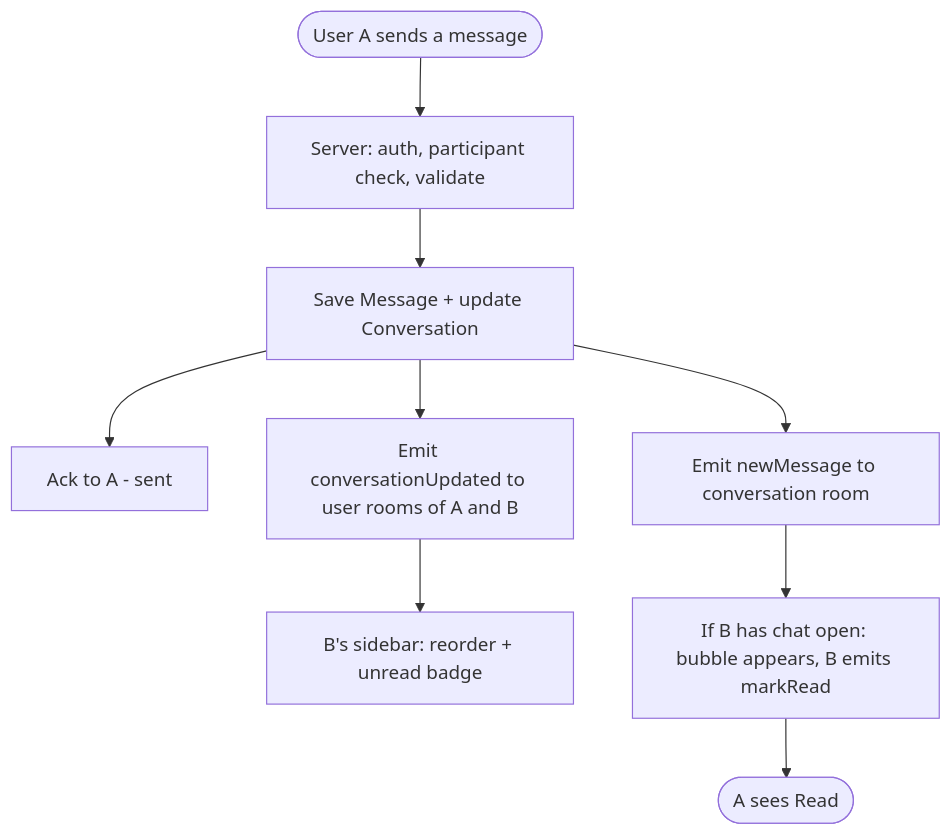
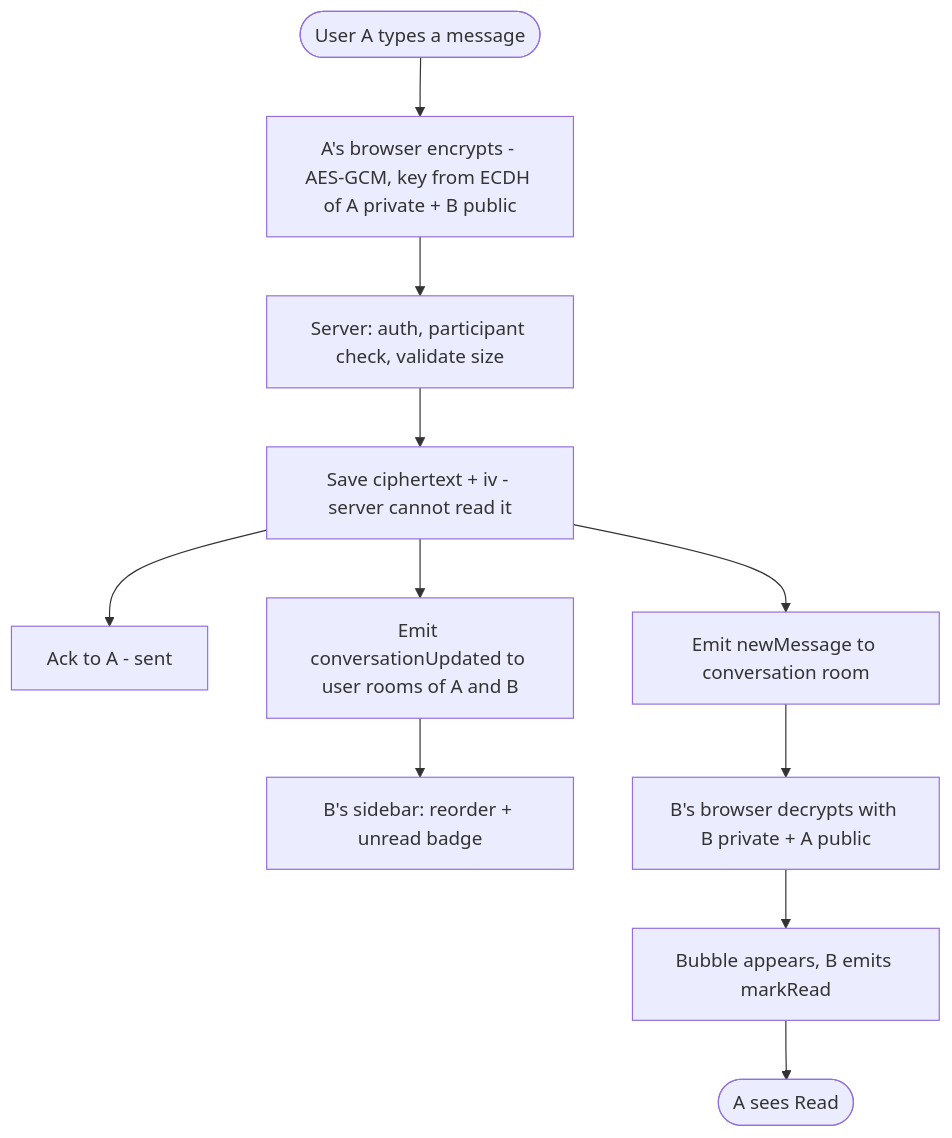
One commit to prashantdevelopment/OpenChat changed the fourth of 7 diagrams in docs/PROJECT_PLAN.md. Above: the diagram before and after it, drawn with Mermaid. The commit also changed other lines of this file and 6 other files, not shown here.

````diff
--- a/docs/PROJECT_PLAN.md
+++ b/docs/PROJECT_PLAN.md
@@ -132,11 +134,13 @@
 ```mermaid
 flowchart TD
-    a_send(["User A sends a message"]) --> s_val["Server: auth, participant check, validate"]
-    s_val --> db["Save Message + update Conversation"]
+    a_type(["User A types a message"]) --> enc["A's browser encrypts - AES-GCM, key from ECDH of A private + B public"]
+    enc --> s_val["Server: auth, participant check, validate size"]
+    s_val --> db["Save ciphertext + iv - server cannot read it"]
     db --> ack["Ack to A - sent"]
     db --> room["Emit newMessage to conversation room"]
     db --> urooms["Emit conversationUpdated to user rooms of A and B"]
     urooms --> b_list["B's sidebar: reorder + unread badge"]
-    room --> b_open["If B has chat open: bubble appears, B emits markRead"]
+    room --> dec["B's browser decrypts with B private + A public"]
+    dec --> b_open["Bubble appears, B emits markRead"]
     b_open --> receipt(["A sees Read"])
 ```
````
